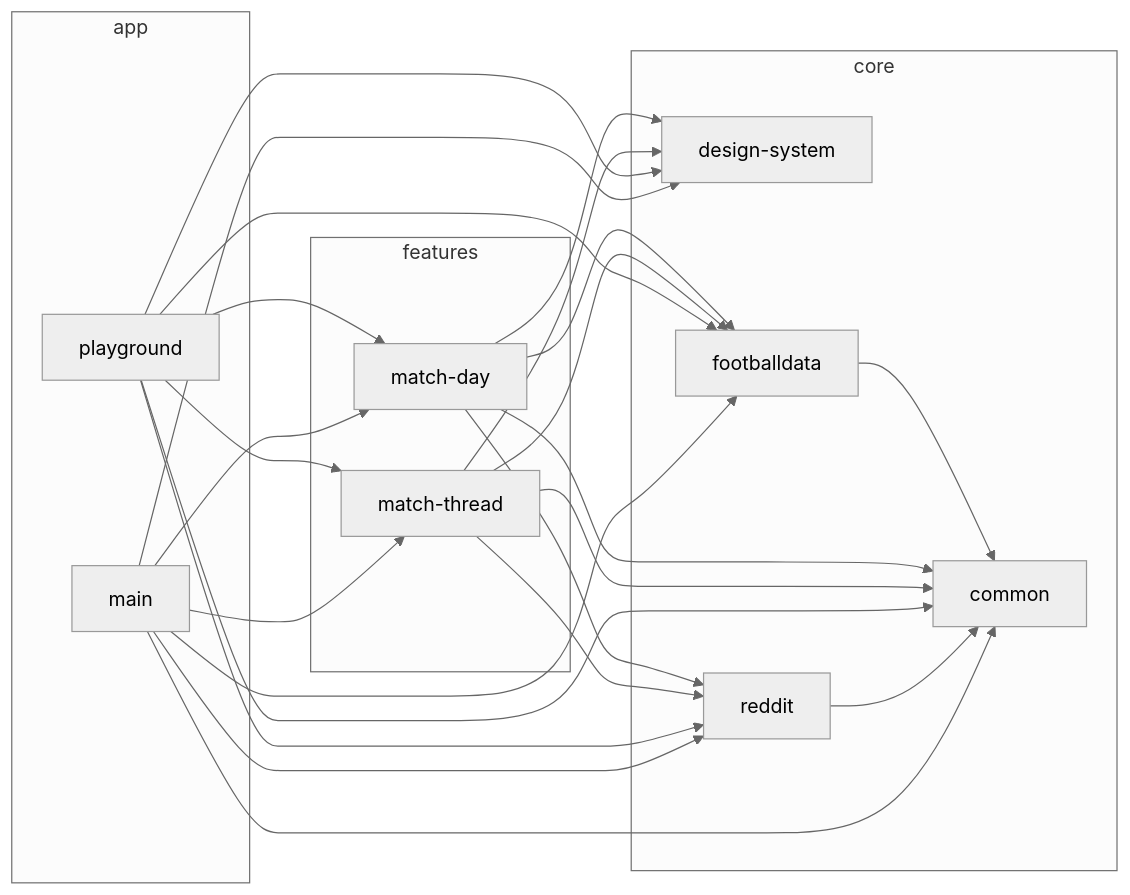
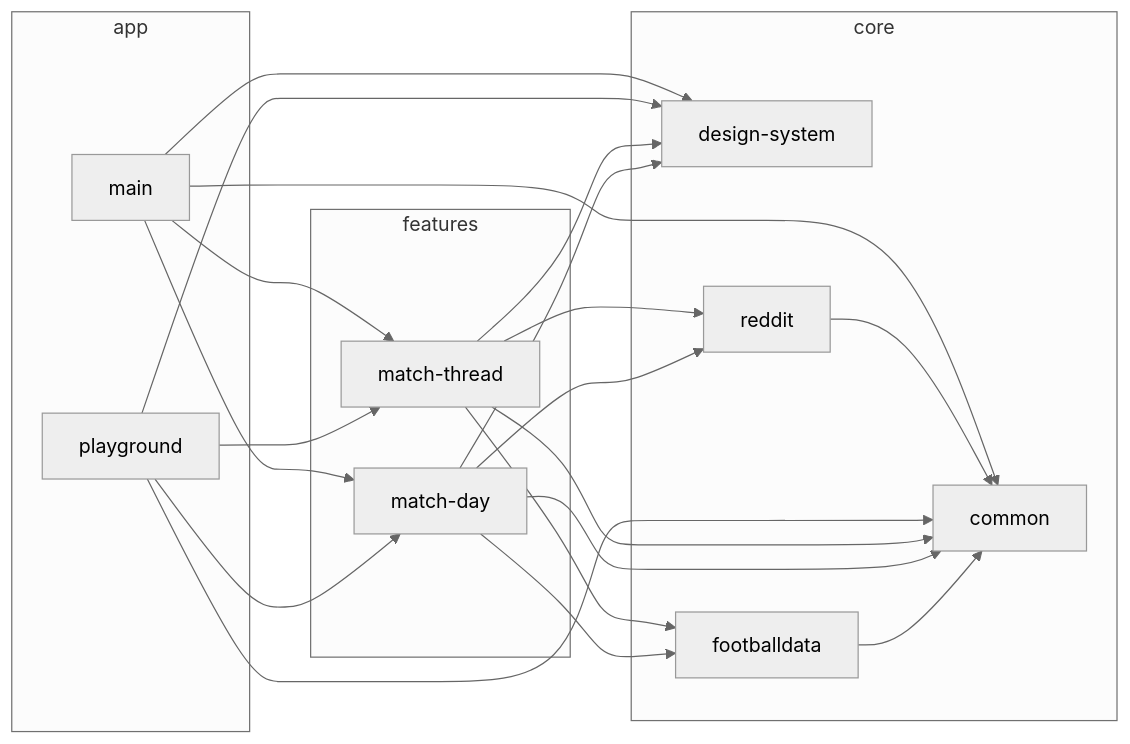
The diagram in README.md (iurysza/livematch), drawn with Mermaid before and after one commit.

Commit message:
Update dependency graph

````diff
--- a/README.md
+++ b/README.md
@@ -68,46 +68,41 @@
 ```mermaid
 %%{
   init: {
     'theme': 'neutral'
   }
 }%%
 
 graph LR
   subgraph app
     main
     playground
   end
   subgraph core
     common
     design-system
     footballdata
     reddit
   end
   subgraph features
     match-day
     match-thread
   end
   footballdata --> common
   match-day --> common
   match-day --> footballdata
   match-day --> design-system
   match-day --> reddit
   match-thread --> common
   match-thread --> footballdata
   match-thread --> design-system
   match-thread --> reddit
   playground --> match-thread
   playground --> match-day
-  playground --> footballdata
-  playground --> reddit
   playground --> design-system
   playground --> common
   reddit --> common
   main --> match-thread
   main --> match-day
-  main --> footballdata
-  main --> reddit
   main --> design-system
   main --> common
-
 ```
````
